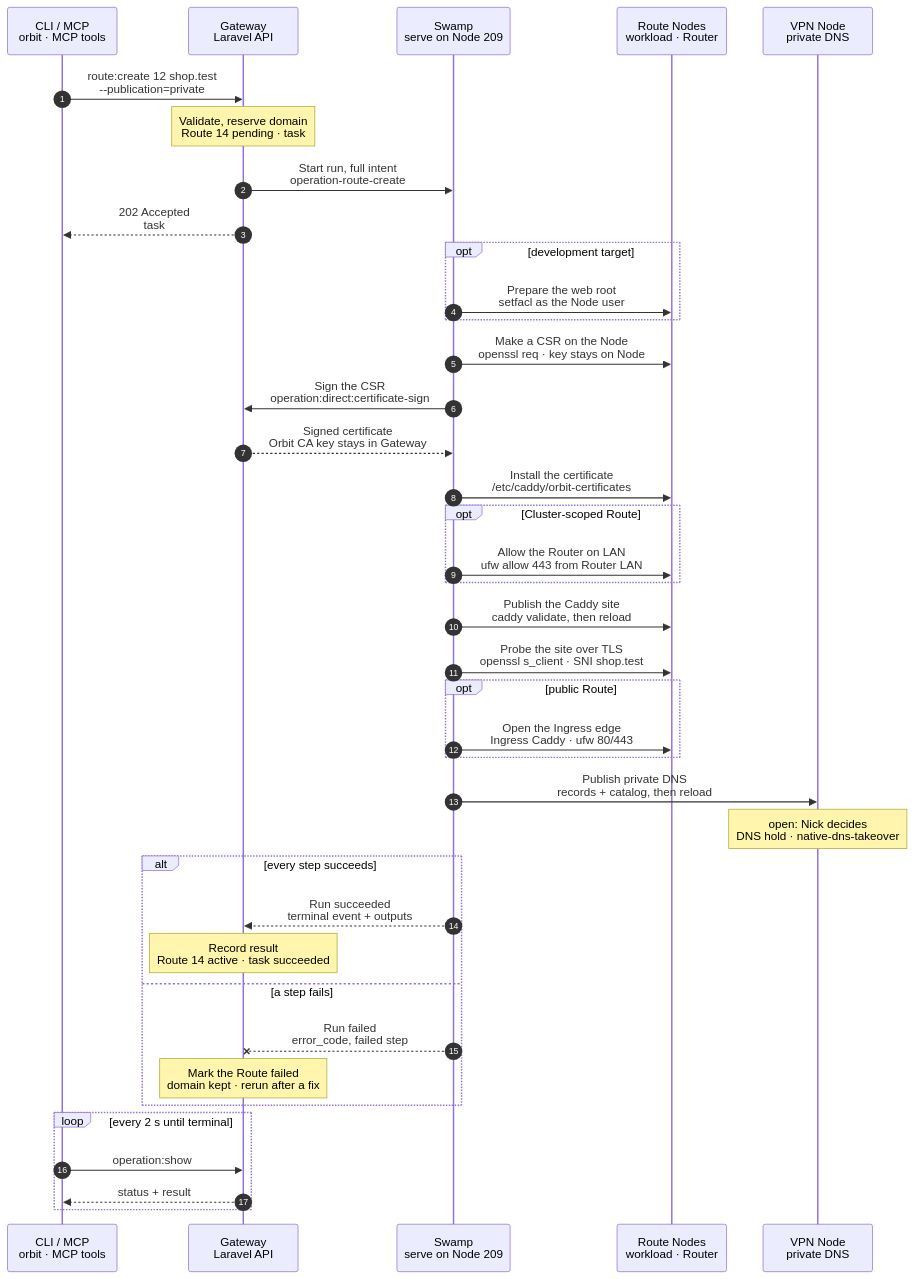
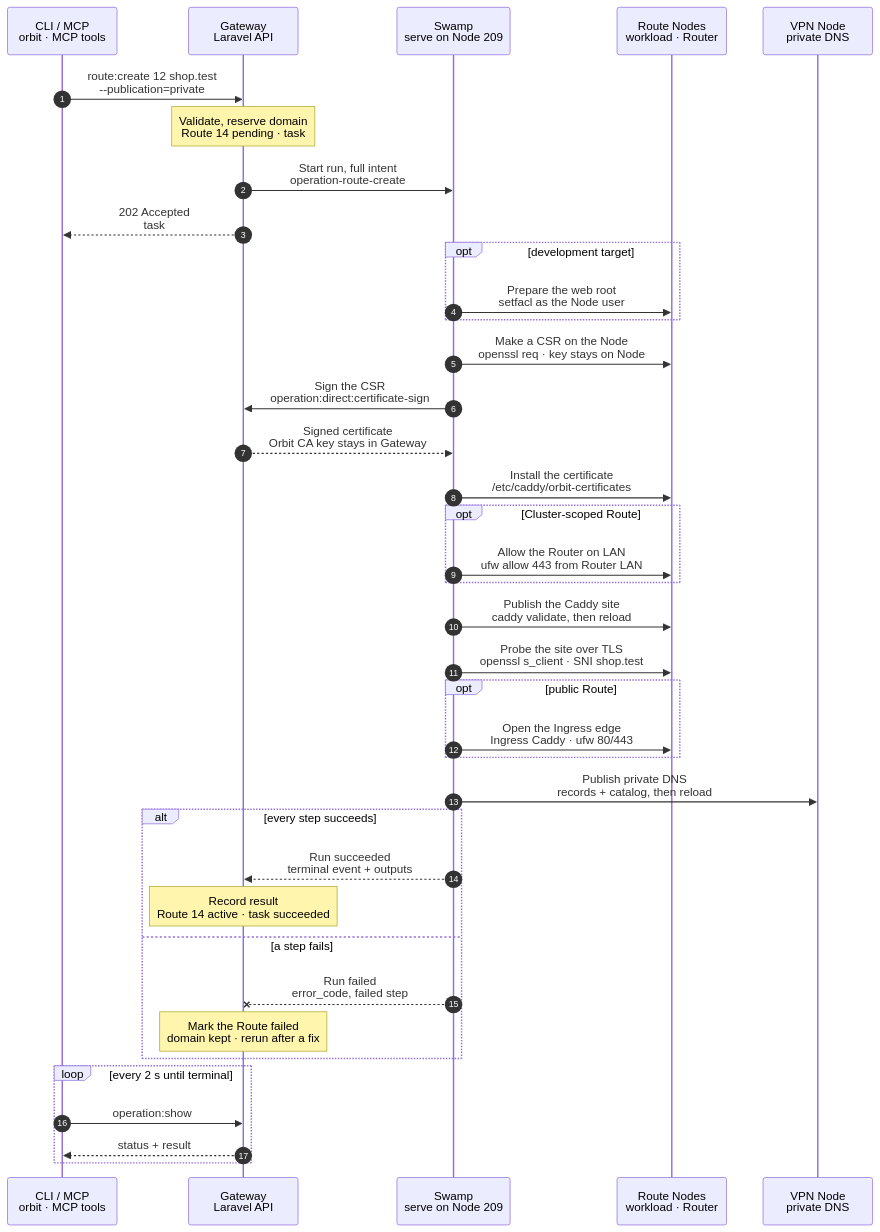
One commit to hardimpactdev/orbit changed the diagram in docs/flows/route.create.mmd. Above: the diagram before and after it, drawn with Mermaid.

Commit message:
docs(flows): route.create

```diff
--- a/docs/flows/route.create.mmd
+++ b/docs/flows/route.create.mmd
@@ -1,166 +1,162 @@
 sequenceDiagram
-  %% Target design: ADR 0244 task, DECISIONS R1-R4 + 2 (DNS hold), firewall.allow shape, Gateway signs CSRs (root-of-trust), single-swamp-node. docs/cli/route.mdx, docs/reference/routes.md.
+  %% Target design: ADR 0244 task, DECISIONS R1-R4, no DNS hold (Nick 2026-11-02), firewall.allow shape, Gateway signs CSRs (root-of-trust), single-swamp-node. docs/cli/route.mdx, docs/reference/routes.md.
   %% status: draft
   %% command: route:create
   autonumber
   %% lane CLI icon=terminal pill=caller tone=gray
   %% lane GW icon=gateway pill=intent tone=blue
   %% lane SW icon=workflow pill=executes tone=green
   %% lane N icon=server pill=target tone=amber
   %% lane V icon=server pill=target tone=purple
   participant CLI as CLI / MCP<br/>orbit · MCP tools
   participant GW as Gateway<br/>Laravel API
   participant SW as Swamp<br/>serve on Node 209
   participant N as Route Nodes<br/>workload · Router
   participant V as VPN Node<br/>private DNS
   CLI->>GW: route:create 12 shop.test<br/>--publication=private
   %%> Command:
   %%> - `orbit route:create 12 shop.test --publication=private`
   %%> - syntax: `<instance> <domain> [--publication=private|public] [--web-root=PATH]`
   %%> Other forms:
   %%> - custom proxy: `<domain> --node=NODE --upstream=URL` or `<domain> --node=NODE --process=PROCESS`
   %%> - public Process Route: `<domain> --process=PROCESS [--ingress=NODE] --publication=public`
   %%> Input:
   %%> - Instance 12 sets the Project and the scope: its Node, or its active Cluster
   %%> - the domain; the Gateway normalizes it
   %%> - publication is `private` unless you ask for `public`
   %%> Who can call it:
   %%> - the `orbit` CLI and the MCP tool send the same request
   Note over GW: Validate, reserve domain<br/>Route 14 pending · task #5120
   %%> Requirements:
   %%> - your Node has an access grant to Node 7, the Node of Instance 12
   %%> - Instance 12 is active and has a supported web root
   %%> - the domain is valid, free, and not a reserved name such as `gateway.orbit`
   %%> - Instance 12 has no other Route without a web root (`route.target_conflict`)
   %%> - a Cluster-scoped Route needs an active Router (`route.router_required`)
   %%> - a public Route needs production targets and a serving Ingress
   %%> Locks:
   %%> - the projection lock and the Instance environment owner of Instance 12
   %%> - a busy lock is waited for up to 30 s, then `app-dev.projection_busy`
   %%> Builds:
   %%> - the Caddy site blocks for every affected Node, the certificate leaves, the LAN tuples and the private DNS records
   %%> Result:
   %%> - Route 14 recorded as `pending`, unpublished, with the domain reserved
   %%> - task #5120 recorded with the full intent
   %%> - nothing has happened on a Node yet
   GW->>SW: Start run, full intent<br/>operation-route-create
   %%> What it does:
   %%> - starts one Swamp run on serve (Node 209)
   %%> Inputs:
   %%> - the rendered Caddy blocks before and after, per Node
   %%> - the certificate leaves: Node, scope, domain, Node user
   %%> - LAN tuples, DNS records, probes, and each Node's address and SSH host keys
   %%> - production `.env` material only as vault key names in `orbit-control-inputs` (R3)
   %%> - the SSH identity comes from the `swamp` role
   GW-->>CLI: 202 Accepted<br/>task #5120
   %%> What you get:
   %%> - the task number, at once
   %%> Next:
   %%> - the CLI follows the task with `operation:show`
   opt development target
     SW->>N: Prepare the web root<br/>setfacl as the Node user
     %%> What it does:
     %%> - denies Caddy the rest of the checkout and its Git directory
     %%> - grants Caddy read access to the web root, and passage through the directories above it
     %%> - converges the shared PHP-FPM pool for Instance 12
     %%> Runs as:
     %%> - the Node's managed user; root only above every checkout
     %%> When:
     %%> - the target is a development Instance; production releases already have access
   end
   SW->>N: Make a CSR on the Node<br/>openssl req · key stays on Node
   %%> How:
   %%> - Swamp reaches Node 7, and the Router for a Cluster Route, over `@swamp/ssh` from 209
   %%> What it does:
   %%> - makes a new private key and a certificate request for `shop.test`
   %%> - returns only the public CSR to Swamp
   %%> Why:
   %%> - the private key never leaves the Node
   SW->>GW: Sign the CSR<br/>operation:direct:certificate-sign
   %%> What it does:
   %%> - sends the CSRs with task #5120 and the run id
   %%> Why:
   %%> - the Orbit CA key stays in the Gateway; signing is the one step that calls the Gateway
   %%> Requirements:
   %%> - the Gateway checks the task, the run, and that each CSR matches an admitted leaf
   GW-->>SW: Signed certificate<br/>Orbit CA key stays in Gateway
   %%> Returns:
   %%> - one public certificate bundle per leaf
   SW->>N: Install the certificate<br/>/etc/caddy/orbit-certificates
   %%> What it does:
   %%> - writes the certificate next to its key, owned `root:caddy`, mode 0750
   %%> - reads it back and checks it matches the key and the domain
   opt Cluster-scoped Route
     SW->>N: Allow the Router on LAN<br/>ufw allow 443 from Router LAN
     %%> What it does:
     %%> - on the workload Node, allows TCP 443 from the Router's LAN address
     %%> - an identical tuple that another Route uses is left as it is
     %%> Why:
     %%> - the Router forwards to the workload over LAN, with no WireGuard fallback
   end
   SW->>N: Publish the Caddy site<br/>caddy validate, then reload
   %%> What it does:
   %%> - writes the new site blocks into the Caddyfile of each affected Node
   %%> - validates the whole file, then reloads Caddy
   %%> Why reload:
   %%> - a reload keeps open connections; Caddy is never restarted (rule 7)
   %%> Refuses:
   %%> - a validation error; the old Caddyfile stays in place
   SW->>N: Probe the site over TLS<br/>openssl s_client · SNI shop.test
   %%> What it does:
   %%> - connects from 209 to the workload, or the Router, on port 443 with the Route domain as SNI
   %%> - requires a chain the Orbit root trusts
   %%> Why:
   %%> - the Route only counts as served when the probe passes
   %%> Not included:
   %%> - the application's own HTTP answer; a 500 does not fail the Route
   opt public Route
     SW->>N: Open the Ingress edge<br/>Ingress Caddy · ufw 80/443
     %%> What it does:
     %%> - publishes the public site on the Ingress, with `tls force_automate` for Let's Encrypt
     %%> - opens `orbit:ingress-http` and `orbit:ingress-https` when they are closed
     %%> Not included:
     %%> - the public DNS record; you create it yourself
     %%> - waiting for Let's Encrypt; Caddy retries on its own
   end
   SW->>V: Publish private DNS<br/>records + catalog, then reload
   %%> What it does:
   %%> - adds `shop.test`, pointing at Node 7, or at the Router for a Cluster Route
   %%> - checks the loaded catalog and a DNS reply
   %%> Order:
   %%> - DNS goes last, so a name only resolves when its site serves
-  Note over V: open: Nick decides<br/>DNS hold · native-dns-takeover
-  %%> Open:
-  %%> - DNS publication is under the DNS hold; Nick decides (rule 9)
-  %%> - until then, the run skips this step and Route work stays same-Node work
   alt every step succeeds
     SW-->>GW: Run succeeded<br/>terminal event + outputs
     %%> How the Gateway learns it:
     %%> - its shared run reader sees the terminal event; Swamp never calls the Gateway
     Note over GW: Record result<br/>Route 14 active · task succeeded
     %%> Result:
     %%> - Route 14 becomes `active` and Instance 12 shows `https://shop.test`
     %%> - task #5120 succeeds
   else a step fails
     SW--xGW: Run failed<br/>error_code, failed step
     %%> The Gateway reads:
     %%> - which step failed and its error code
     Note over GW: Mark the Route failed<br/>domain kept · rerun after a fix
     %%> Result:
     %%> - Route 14 is marked `failed` with `failed_step` and `error_code`; the domain stays reserved
     %%> - task #5120 fails
     %%> On the Node:
     %%> - what the run added stays; there is no rollback
     %%> - that is safe: no private DNS name points at the new site yet, and the record shows `failed`
     %%> Retry:
     %%> - run the same command again after fixing the cause; it is a new task and skips finished steps
     %%> - to give up instead, run `route:destroy 14`; it removes what the run added
   end
   loop every 2 s until terminal
     CLI->>GW: operation:show #5120
     %%> What it does:
     %%> - asks for the task's status every 2 seconds until it has ended
     GW-->>CLI: status + result
     %%> Returns:
     %%> - the current status, and the result once the task has ended
   end
```
